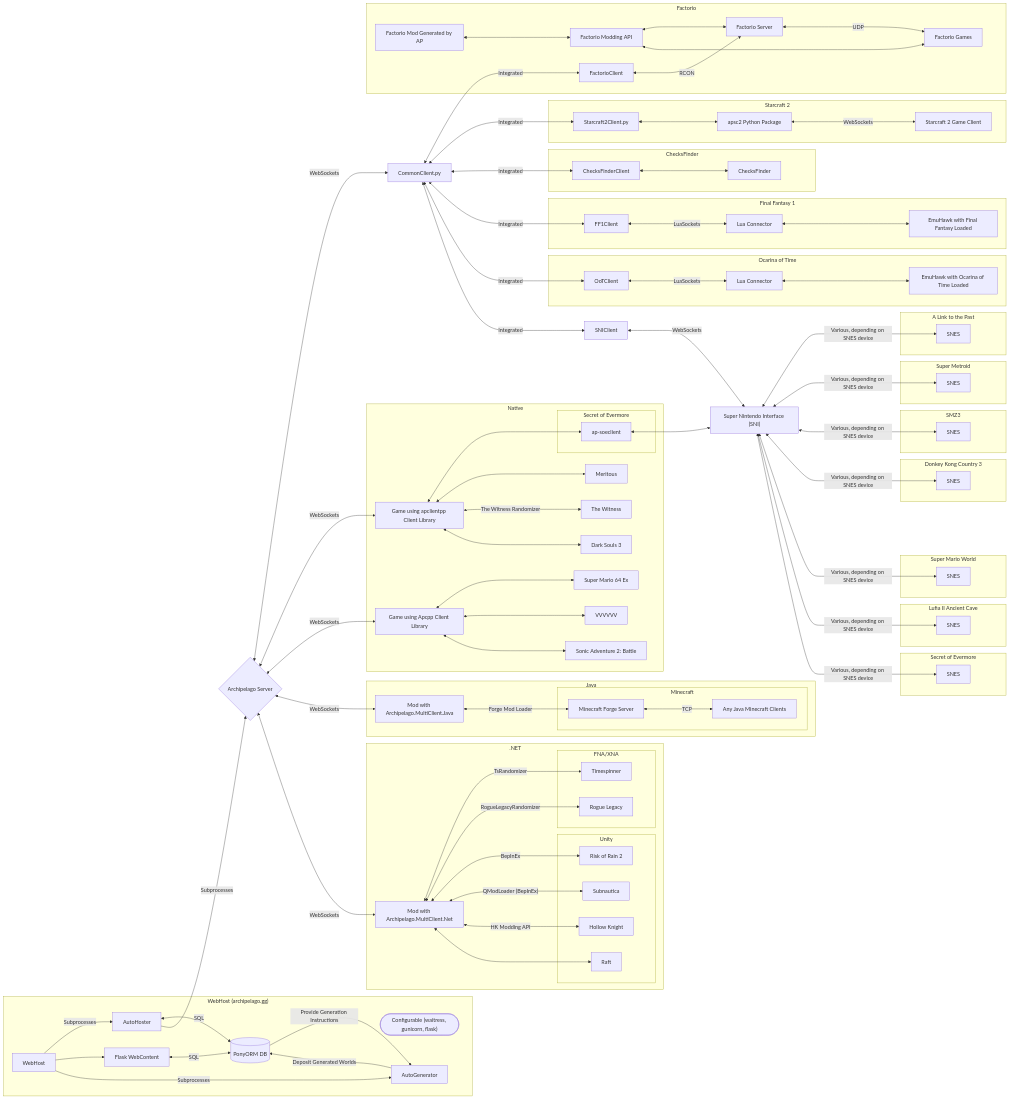
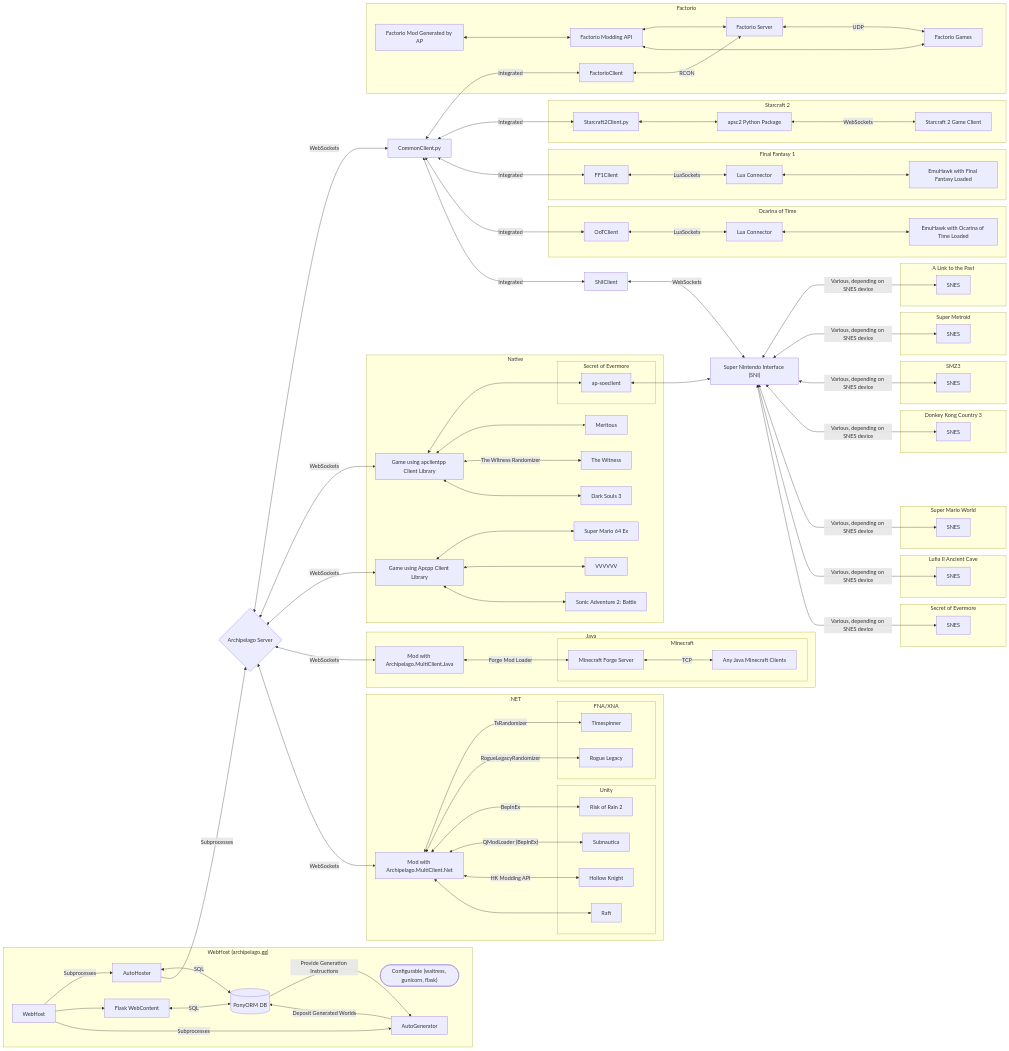
Before and after one commit to ArchipelagoMW/Archipelago: the diagram in docs/network diagram/network diagram.md, drawn with Mermaid.

Commit message:
Update network diagram.md

```diff
--- a/docs/network diagram/network diagram.md
+++ b/docs/network diagram/network diagram.md
@@ -16,14 +16,6 @@
         SC2C <--> SC2AI <-- WebSockets --> SC2
     end
     CC <-- Integrated --> SC2C
-
-    %% ChecksFinder
-    subgraph ChecksFinder
-        CFC[ChecksFinderClient]
-        CF[ChecksFinder]
-        CFC <--> CF
-    end
-    CC <-- Integrated --> CFC
 
     %% A Link to the Past
     subgraph A Link to the Past
```
